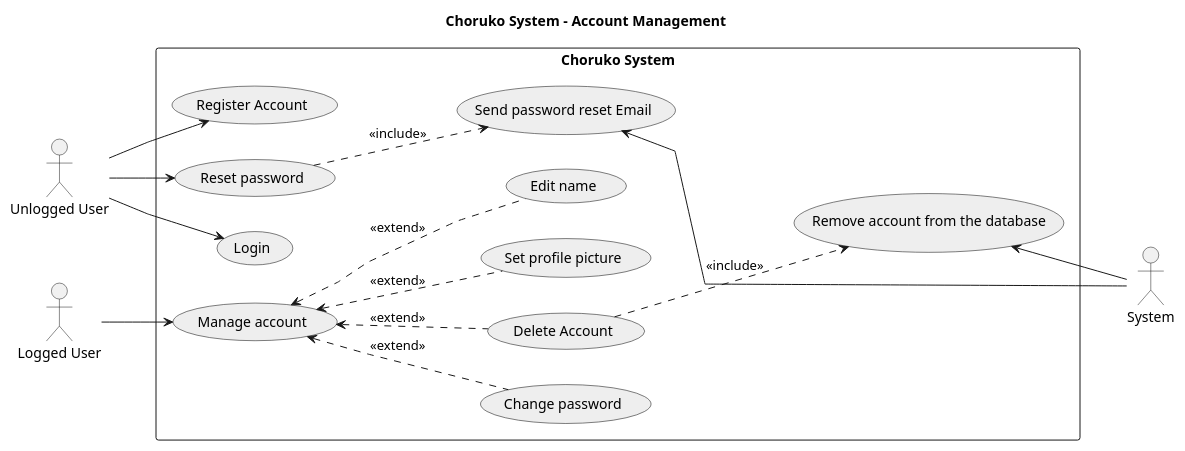
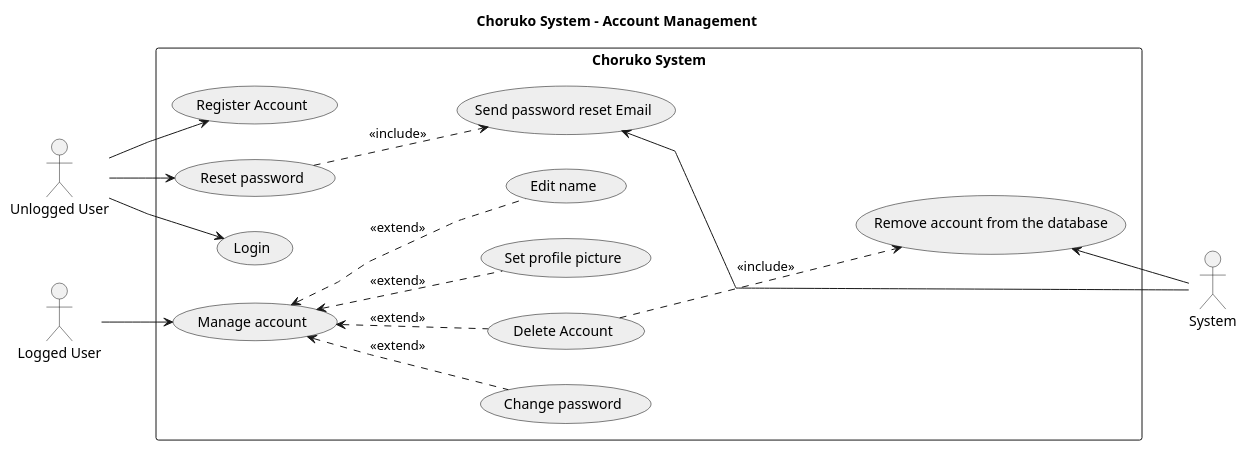
The diagram in docs/UML/use-case-diagrams/account-management-diagram.puml (psampir/choruko), drawn with PlantUML before and after one commit. The commit also changed 1 other file, not shown here.

Commit message:
small class diagram changes

```diff
--- a/docs/UML/use-case-diagrams/account-management-diagram.puml
+++ b/docs/UML/use-case-diagrams/account-management-diagram.puml
@@ -1,40 +1,40 @@
 @startuml account-management
 
 title Choruko System - Account Management
 skinparam usecaseBorderColor #000000
 skinparam usecaseBackgroundColor #EEEEEE
 skinparam packageStyle rectangle
 skinparam linetype polyline
 left to right direction
 
 :Unlogged User: as u_user
 :Logged User: as l_user
 :System: as system
 
 rectangle "Choruko System" {
   usecase "Login" as UC1
   usecase "Register Account" as UC2
   usecase "Delete Account" as UC3
   usecase "Manage account" as UC5
   usecase "Reset password" as UC6
   usecase "Change password" as UC10
   usecase "Set profile picture" as UC4
   usecase "Edit name" as UC9
   usecase "Send password reset Email" as UC7
   usecase "Remove account from the database" as UC8
 }
 
 u_user --> UC1
 u_user --> UC2
 u_user --> UC6
 l_user --> UC5
 UC5 <.. UC3 : <<extend>>
 UC5 <.. UC10 : <<extend>>
 UC5 <.. UC4 : <<extend>>
 UC5 <.. UC9 : <<extend>>
 UC6 ..> UC7 : <<include>>
-UC3 ..> UC8 : <<include>>
+UC3 ...> UC8 : <<include>>
 UC7 <-- system 
 UC8 <-- system
 
 @enduml
```
